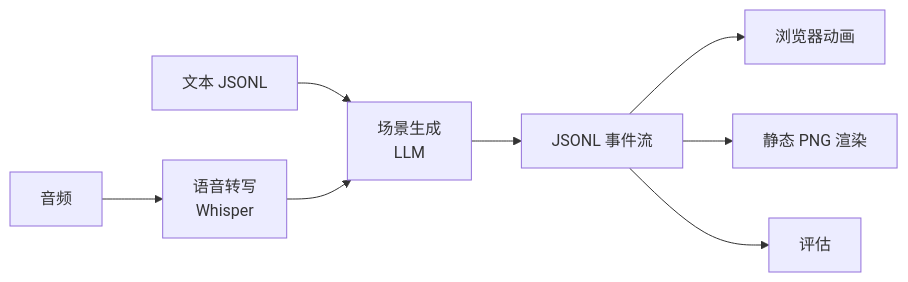
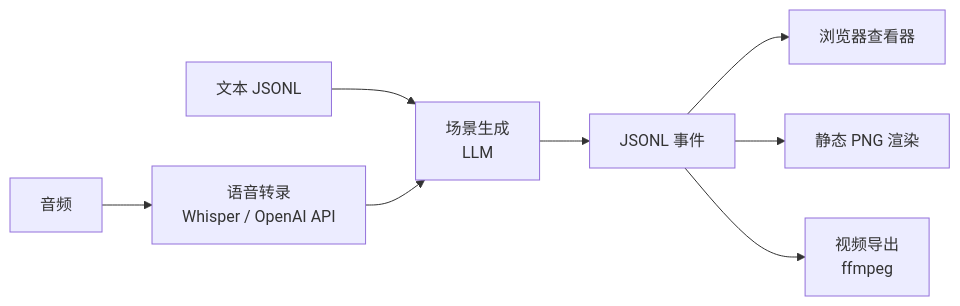
The first of 2 diagrams in docs/index.zh.md (yhbcode000/talk2scene), drawn with Mermaid before and after one commit. The commit also changed other lines of this file and 1 other file, not shown here.

````diff
--- a/docs/index.zh.md
+++ b/docs/index.zh.md
@@ -15,10 +23,10 @@
 ```mermaid
 flowchart LR
-    A[音频] --> B[语音转写\nWhisper]
+    A[音频] --> B[语音转录\nWhisper / OpenAI API]
     T[文本 JSONL] --> C
     B --> C[场景生成\nLLM]
-    C --> D[JSONL 事件流]
-    D --> E[浏览器动画]
+    C --> D[JSONL 事件]
+    D --> E[浏览器查看器]
     D --> F[静态 PNG 渲染]
-    D --> G[评估]
+    D --> G[视频导出\nffmpeg]
 ```
````
